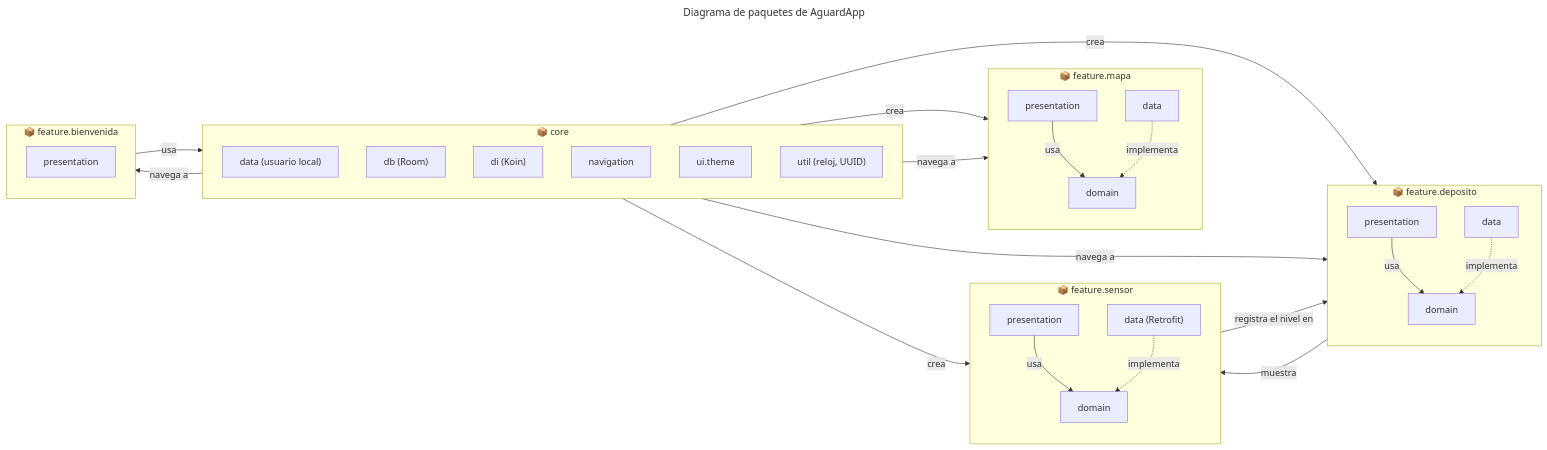
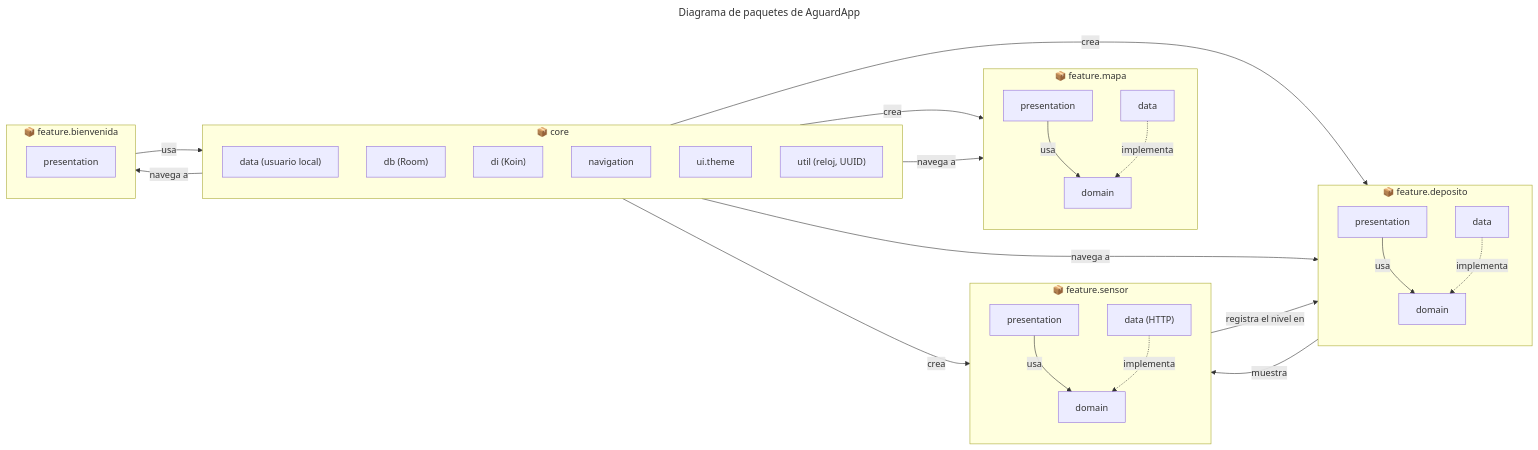
The fourth of 10 diagrams in informes/FD03-SRS.md (Cristhian465/Aguarda), drawn with Mermaid before and after one commit. The commit also changed other lines of this file and 120 other files, not shown here.

````diff
--- a/informes/FD03-SRS.md
+++ b/informes/FD03-SRS.md
@@ -238,49 +239,49 @@
 ```mermaid
 ---
 title: Diagrama de paquetes de AguardApp
 ---
 flowchart LR
     subgraph CORE["📦 core"]
         direction TB
         C1["data (usuario local)"]
         C2["db (Room)"]
         C3["di (Koin)"]
         C4["navigation"]
         C5["ui.theme"]
         C6["util (reloj, UUID)"]
     end
     subgraph BIEN["📦 feature.bienvenida"]
         B1["presentation"]
     end
     subgraph DEP["📦 feature.deposito"]
         direction TB
         P1["presentation"]
         D1["domain"]
         DA1["data"]
     end
     subgraph MAPA["📦 feature.mapa"]
         direction TB
         P2["presentation"]
         D2["domain"]
         DA2["data"]
     end
     subgraph SEN["📦 feature.sensor"]
         direction TB
         P3["presentation"]
         D3["domain"]
-        DA3["data (Retrofit)"]
+        DA3["data (HTTP)"]
     end
     BIEN -- usa --> CORE
     P1 -- usa --> D1
     DA1 -. implementa .-> D1
     P2 -- usa --> D2
     DA2 -. implementa .-> D2
     P3 -- usa --> D3
     DA3 -. implementa .-> D3
     P1 -- muestra --> P3
     P3 -- registra el nivel en --> D1
     CORE -- crea --> DA1 & DA2 & DA3
     CORE -- navega a --> P1
     CORE -- navega a --> P2
     CORE -- navega a --> BIEN
 ```
````
